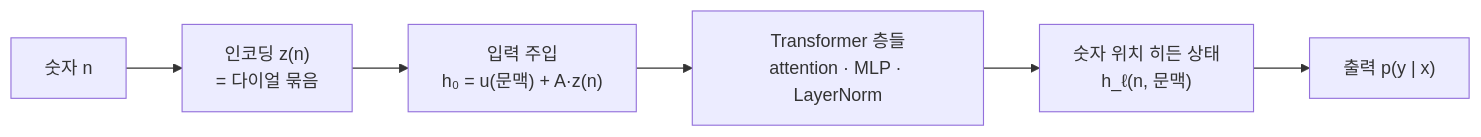
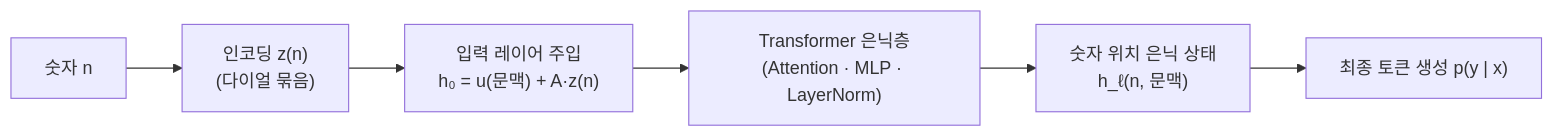
Before and after one commit to Ricepunchb/Idsh-obsidian-garden: the second of 2 diagrams in content/research/intertwine연구/최초 연구기획서.md, drawn with Mermaid. The commit also changed other lines of this file and 10 other files, not shown here.

````diff
--- a/content/research/intertwine연구/최초 연구기획서.md
+++ b/content/research/intertwine연구/최초 연구기획서.md
@@ -32,8 +32,8 @@
 ```mermaid
 flowchart LR
-    n["숫자 n"] --> z["인코딩 z(n)<br>= 다이얼 묶음"]
-    z --> h0["입력 주입<br>h₀ = u(문맥) + A·z(n)"]
-    h0 --> L["Transformer 층들<br>attention · MLP · LayerNorm"]
-    L --> h["숫자 위치 히든 상태<br>h_ℓ(n, 문맥)"]
-    h --> out["출력 p(y | x)"]
+    n["숫자 n"] --> z["인코딩 z(n)<br>(다이얼 묶음)"]
+    z --> h0["입력 레이어 주입<br>h₀ = u(문맥) + A·z(n)"]
+    h0 --> L["Transformer 은닉층<br>(Attention · MLP · LayerNorm)"]
+    L --> h["숫자 위치 은닉 상태<br>h_ℓ(n, 문맥)"]
+    h --> out["최종 토큰 생성 p(y | x)"]
 ```
````
